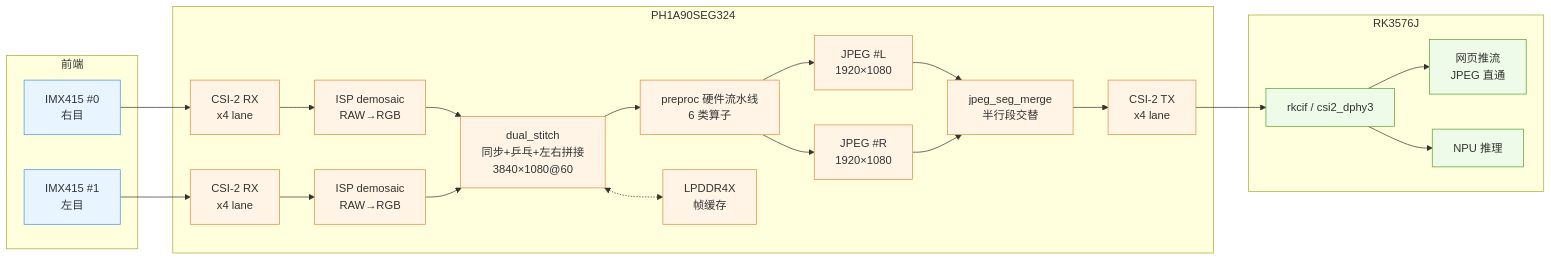
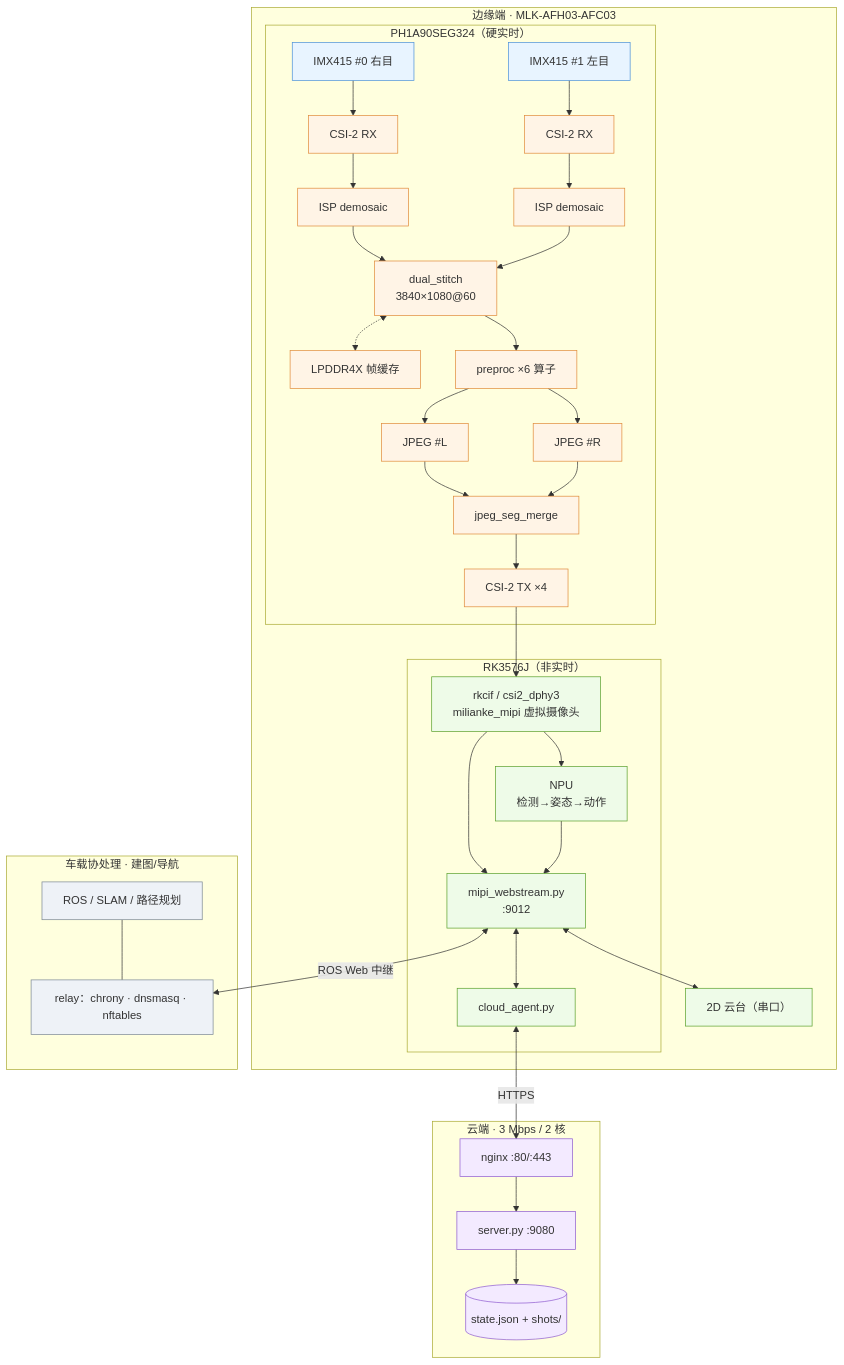
Before and after one commit to SHIKE888/CPA-Cloud-Patrol-Alarm: the first of 2 diagrams in README.md, drawn with Mermaid. The commit also changed other lines of this file, not shown here.

First line of the commit message:
docs(readme): 扩写为整项目说明（FPGA + RK + 云端 + 中继 + 工具链），468 行

````diff
--- a/README.md
+++ b/README.md
@@ -28,36 +31,45 @@
 ```mermaid
-flowchart LR
-    subgraph SENS["前端"]
-        C0["IMX415 #0<br/>右目"]:::s
-        C1["IMX415 #1<br/>左目"]:::s
+flowchart TB
+    subgraph EDGE["边缘端 · MLK-AFH03-AFC03"]
+        subgraph FP["PH1A90SEG324（硬实时）"]
+            S0["IMX415 #0 右目"]:::s --> R0["CSI-2 RX"]:::f --> I0["ISP demosaic"]:::f
+            S1["IMX415 #1 左目"]:::s --> R1["CSI-2 RX"]:::f --> I1["ISP demosaic"]:::f
+            I0 --> ST["dual_stitch<br/>3840×1080@60"]:::f
+            I1 --> ST
+            ST <-.-> DDR["LPDDR4X 帧缓存"]:::f
+            ST --> PRE["preproc ×6 算子"]:::f
+            PRE --> JL["JPEG #L"]:::f
+            PRE --> JR["JPEG #R"]:::f
+            JL --> MG["jpeg_seg_merge"]:::f
+            JR --> MG
+            MG --> TX["CSI-2 TX ×4"]:::f
+        end
+        subgraph RK["RK3576J（非实时）"]
+            CIF["rkcif / csi2_dphy3<br/>milianke_mipi 虚拟摄像头"]:::r
+            W["mipi_webstream.py<br/>:9012"]:::r
+            NPU["NPU<br/>检测→姿态→动作"]:::r
+            AG["cloud_agent.py"]:::r
+            CIF --> W
+            CIF --> NPU --> W
+            W <--> AG
+        end
+        TX --> CIF
+        GB["2D 云台（串口）"]:::r
+        W <--> GB
     end
-    subgraph FPGA["PH1A90SEG324"]
-        RX0["CSI-2 RX<br/>x4 lane"]:::f
-        RX1["CSI-2 RX<br/>x4 lane"]:::f
-        ISP0["ISP demosaic<br/>RAW→RGB"]:::f
-        ISP1["ISP demosaic<br/>RAW→RGB"]:::f
-        ST["dual_stitch<br/>同步+乒乓+左右拼接<br/>3840×1080@60"]:::f
-        PRE["preproc 硬件流水线<br/>6 类算子"]:::f
-        J0["JPEG #L<br/>1920×1080"]:::f
-        J1["JPEG #R<br/>1920×1080"]:::f
-        MRG["jpeg_seg_merge<br/>半行段交替"]:::f
-        TX["CSI-2 TX<br/>x4 lane"]:::f
-        DDR["LPDDR4X<br/>帧缓存"]:::f
+    subgraph CLOUD["云端 · 3 Mbps / 2 核"]
+        NG["nginx :80/:443"]:::c --> SV["server.py :9080"]:::c --> DB[("state.json + shots/")]:::c
     end
-    subgraph RK["RK3576J"]
-        CIF["rkcif / csi2_dphy3"]:::r
-        WEB["网页推流<br/>JPEG 直通"]:::r
-        NPU["NPU 推理"]:::r
+    subgraph ROBOT["车载协处理 · 建图/导航"]
+        ROS["ROS / SLAM / 路径规划"]:::o
+        RL["relay：chrony · dnsmasq · nftables"]:::o
+        ROS --- RL
     end
-    C0 --> RX0 --> ISP0 --> ST
-    C1 --> RX1 --> ISP1 --> ST
-    ST <-.-> DDR
-    ST --> PRE --> J0 --> MRG
-    PRE --> J1 --> MRG
-    MRG --> TX --> CIF
-    CIF --> WEB
-    CIF --> NPU
+    AG <-->|HTTPS| NG
+    W <-->|ROS Web 中继| RL
     classDef s fill:#e8f4ff,stroke:#4a90d9
     classDef f fill:#fff4e6,stroke:#e08b3a
     classDef r fill:#eefbe8,stroke:#5aa02c
+    classDef c fill:#f3eaff,stroke:#8e5bd0
+    classDef o fill:#eef2f7,stroke:#7b8794
 ```
````
